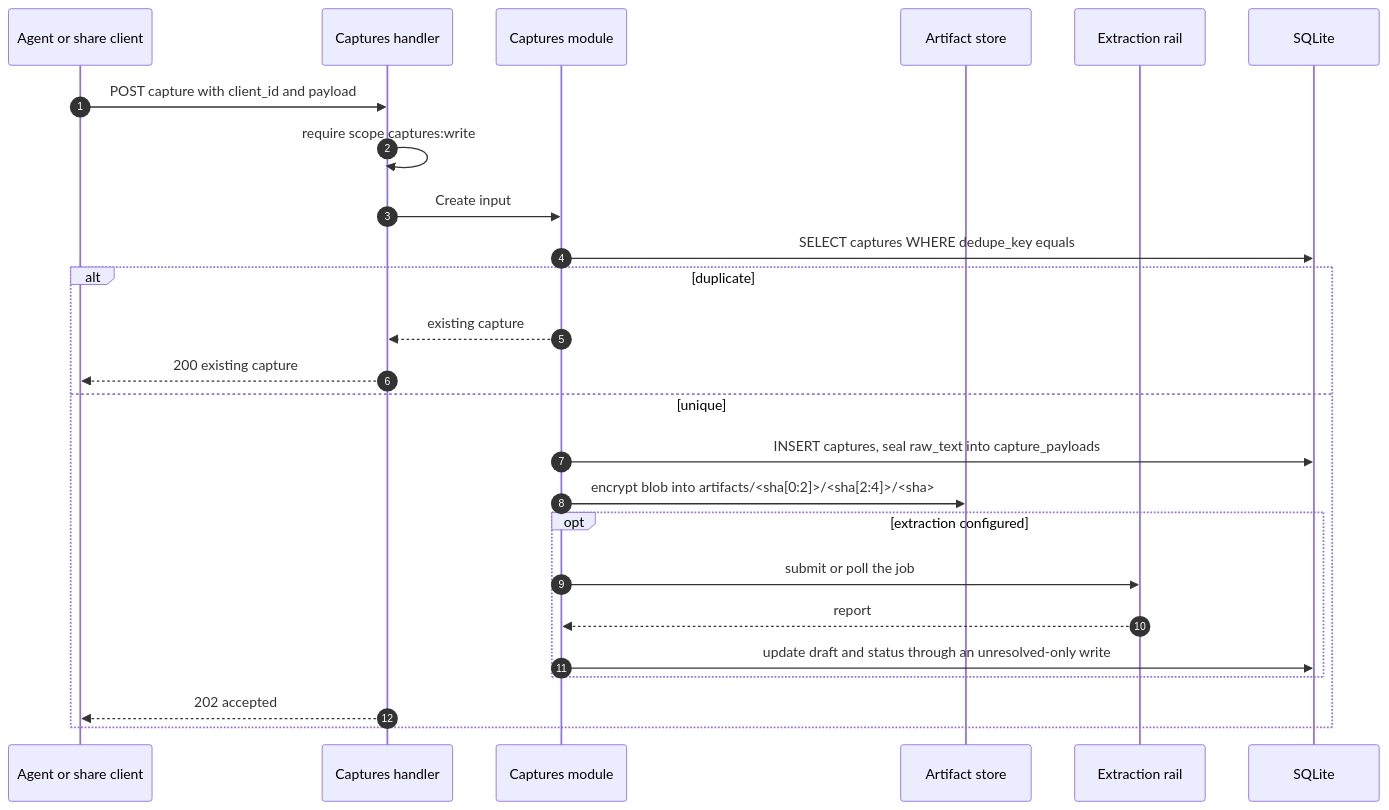
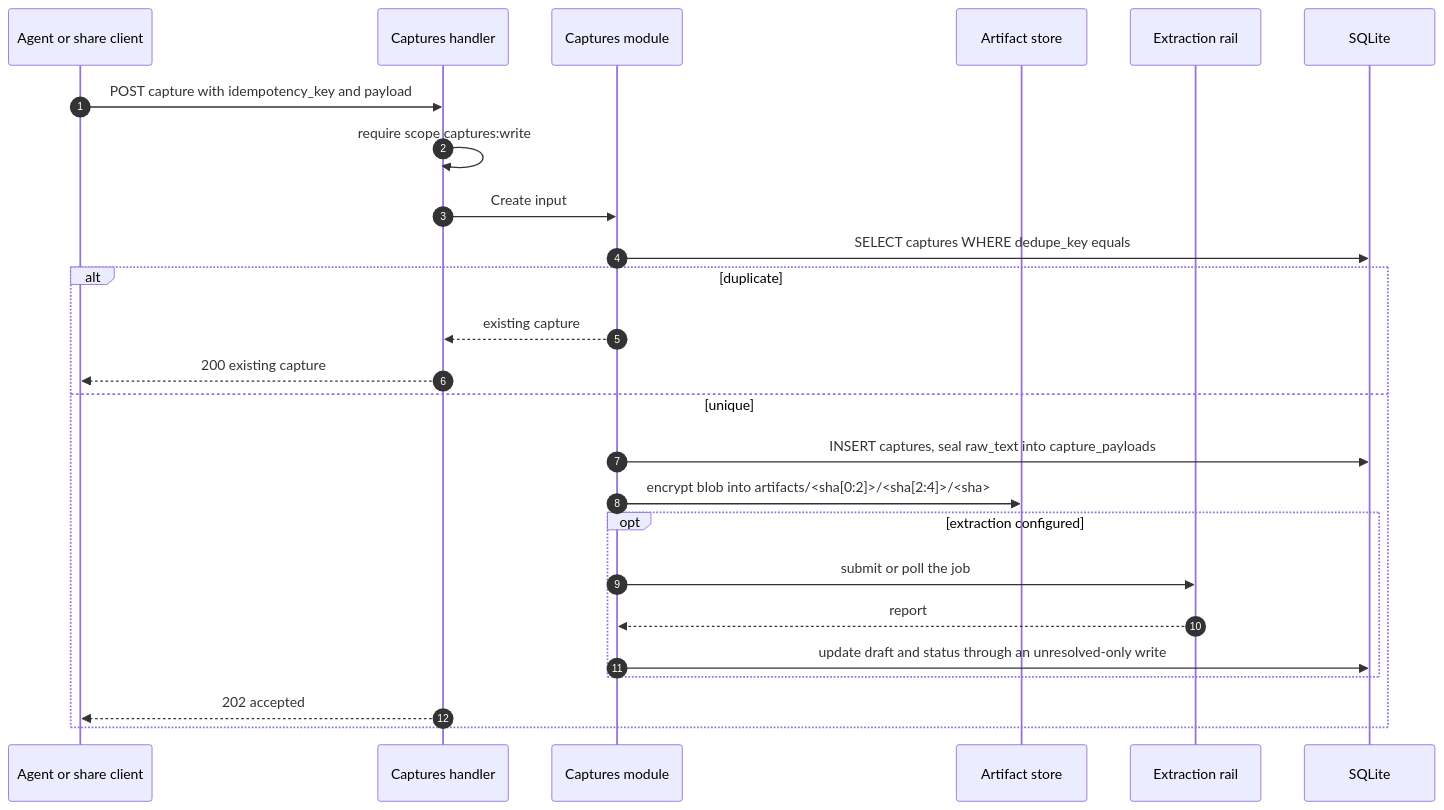
One commit to dimasbaguspm/spenicle changed diagram 12 of 20 in docs/v2-api.md. Above: the diagram before and after it, drawn with Mermaid. The commit also changed other lines of this file and 127 other files, not shown here.

Commit message:
refactor(api)!: rename client_id to idempotency_key

````diff
--- a/docs/v2-api.md
+++ b/docs/v2-api.md
@@ -806,27 +806,27 @@
 ```mermaid
 sequenceDiagram
     autonumber
     participant C as Agent or share client
     participant API as Captures handler
     participant M as Captures module
     participant ST as Artifact store
     participant X as Extraction rail
     participant DB as SQLite
-    C->>API: POST capture with client_id and payload
+    C->>API: POST capture with idempotency_key and payload
     API->>API: require scope captures:write
     API->>M: Create input
     M->>DB: SELECT captures WHERE dedupe_key equals
     alt duplicate
         M-->>API: existing capture
         API-->>C: 200 existing capture
     else unique
         M->>DB: INSERT captures, seal raw_text into capture_payloads
         M->>ST: encrypt blob into artifacts/<sha[0:2]>/<sha[2:4]>/<sha>
         opt extraction configured
             M->>X: submit or poll the job
             X-->>M: report
             M->>DB: update draft and status through an unresolved-only write
         end
         API-->>C: 202 accepted
     end
 ```
````
